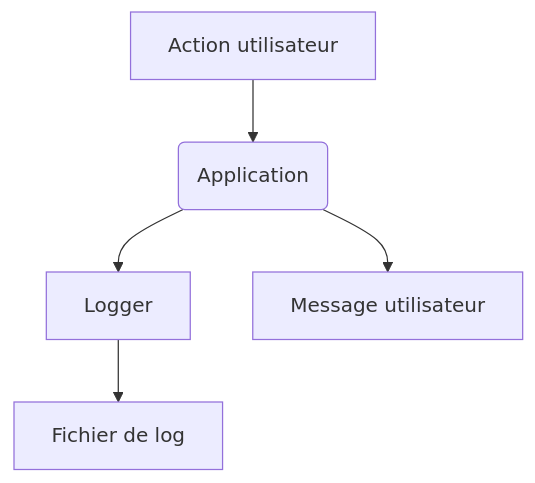
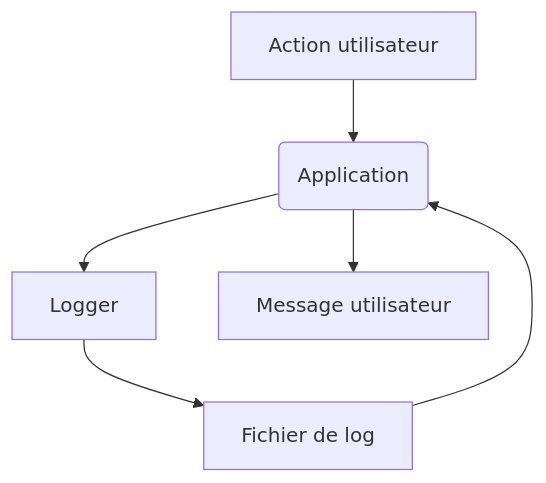
The diagram in docs/reference/events.md (Fr3doo/sele_saisie_auto), drawn with Mermaid before and after one commit. The commit also changed other lines of this file, not shown here.

````diff
--- a/docs/reference/events.md
+++ b/docs/reference/events.md
@@ -7,7 +7,8 @@
 ```mermaid
 graph TD
     A[Action utilisateur] --> B(Application)
     B --> C[Logger]
     C --> D[Fichier de log]
+    D --> B
     B --> E[Message utilisateur]
 ```
````
